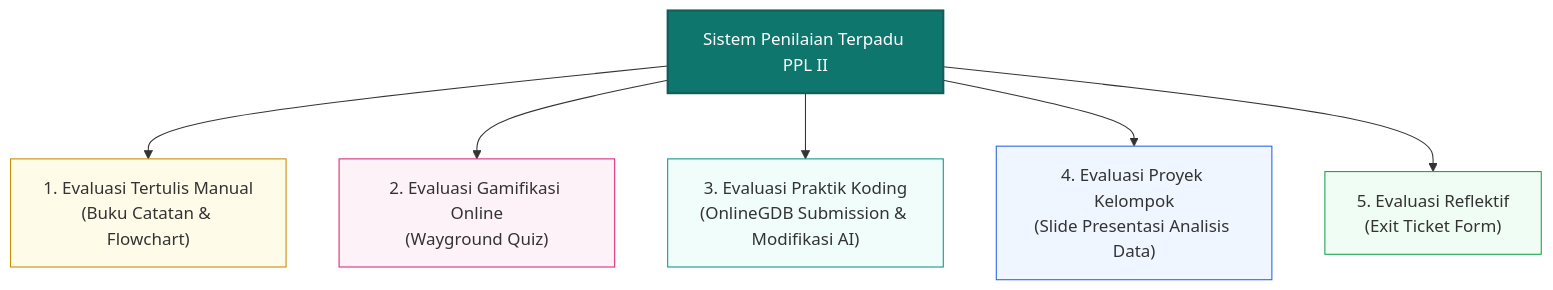
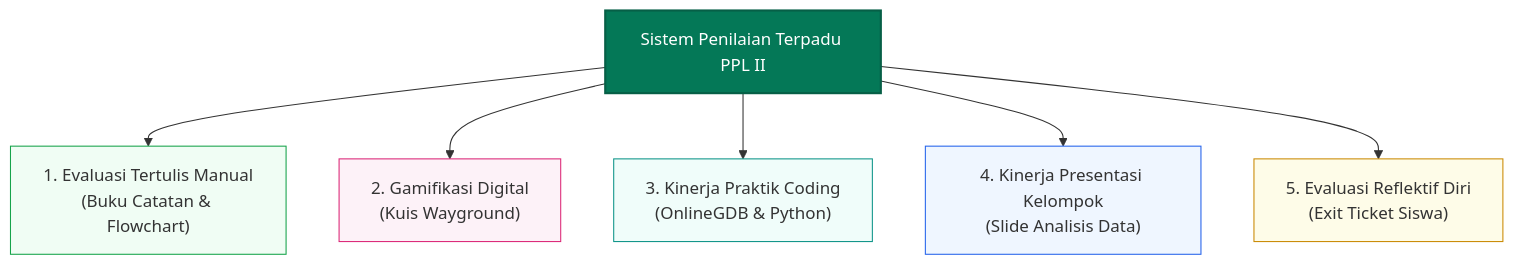
One commit to yodi-dev/eportfolio-yodi changed the first of 2 diagrams in content/artefak/ppl-2/analisis-instrumen-penilaian.md. Above: the diagram before and after it, drawn with Mermaid. The commit also changed other lines of this file and 48 other files, not shown here.

````diff
--- a/content/artefak/ppl-2/analisis-instrumen-penilaian.md
+++ b/content/artefak/ppl-2/analisis-instrumen-penilaian.md
@@ -38,14 +55,14 @@
 ```mermaid
 graph TD
     A["Sistem Penilaian Terpadu PPL II"] --> B["1. Evaluasi Tertulis Manual<br/>(Buku Catatan & Flowchart)"]
-    A --> C["2. Evaluasi Gamifikasi Online<br/>(Wayground Quiz)"]
-    A --> D["3. Evaluasi Praktik Koding<br/>(OnlineGDB Submission & Modifikasi AI)"]
-    A --> E["4. Evaluasi Proyek Kelompok<br/>(Slide Presentasi Analisis Data)"]
-    A --> F["5. Evaluasi Reflektif<br/>(Exit Ticket Form)"]
-    style A fill:#0f766e,stroke:#115e59,stroke-width:2px,color:#fff
-    style B fill:#fefce8,stroke:#ca8a04,stroke-width:1px
+    A --> C["2. Gamifikasi Digital<br/>(Kuis Wayground)"]
+    A --> D["3. Kinerja Praktik Coding<br/>(OnlineGDB & Python)"]
+    A --> E["4. Kinerja Presentasi Kelompok<br/>(Slide Analisis Data)"]
+    A --> F["5. Evaluasi Reflektif Diri<br/>(Exit Ticket Siswa)"]
+    style A fill:#047857,stroke:#065f46,stroke-width:2px,color:#fff
+    style B fill:#f0fdf4,stroke:#16a34a,stroke-width:1px
     style C fill:#fdf2f8,stroke:#db2777,stroke-width:1px
     style D fill:#f0fdfa,stroke:#0d9488,stroke-width:1px
     style E fill:#eff6ff,stroke:#2563eb,stroke-width:1px
-    style F fill:#f0fdf4,stroke:#16a34a,stroke-width:1px
+    style F fill:#fefce8,stroke:#ca8a04,stroke-width:1px
 ```
````
